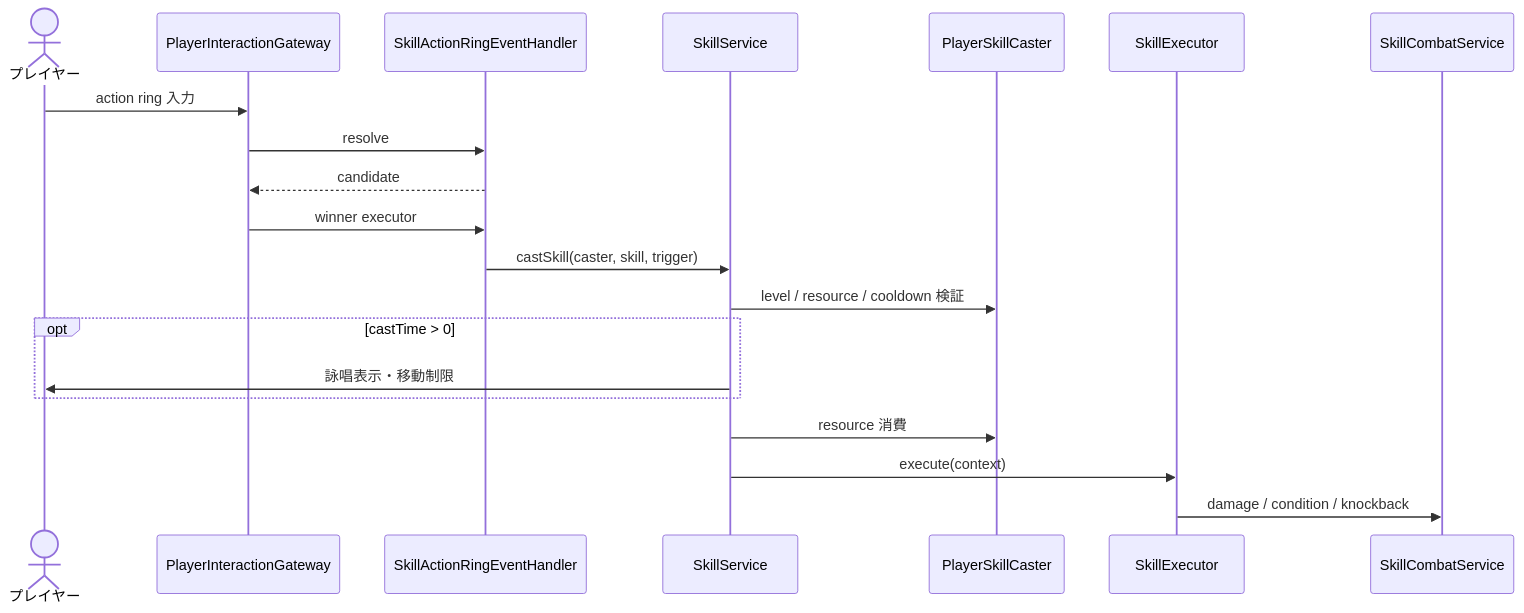
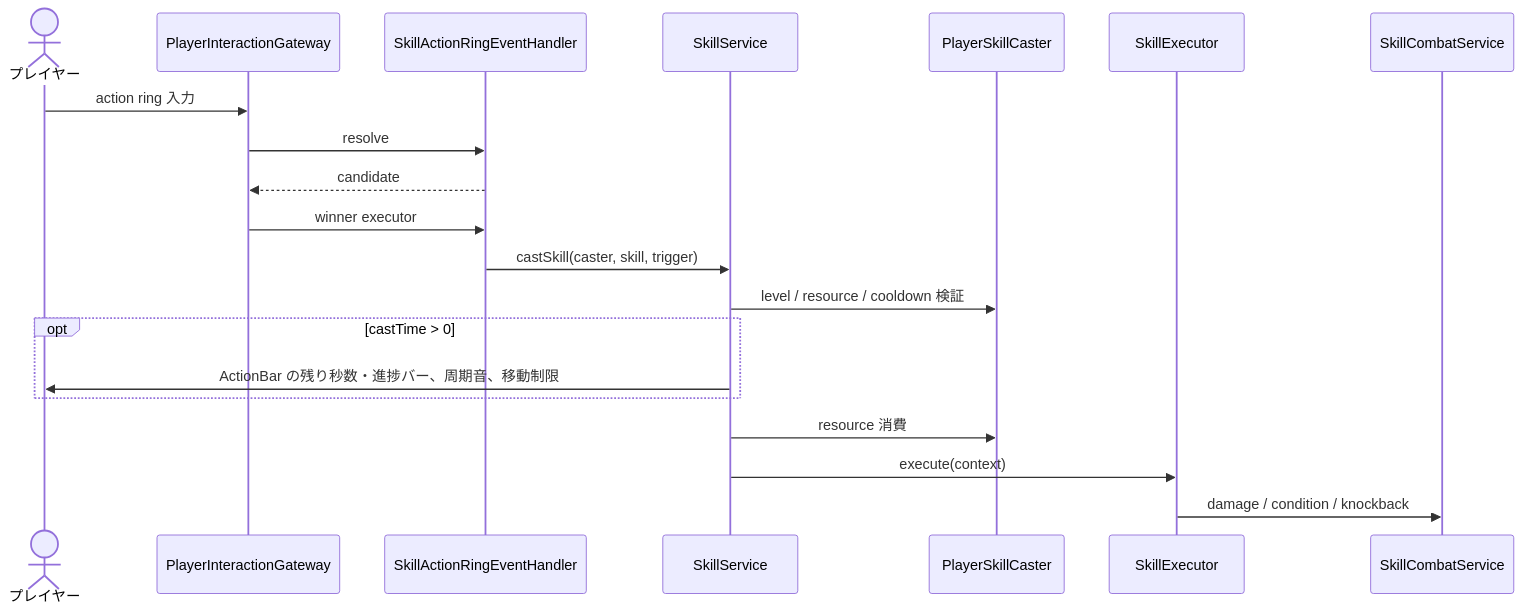
Before and after one commit to maaasu/AstralRecord-Workspace: the second of 4 diagrams in 00_docs/10_Plugin設計書/feature/13-skill/4-統合フロー/13_4-統合フロー.md, drawn with Mermaid. The commit also changed other lines of this file and 6 other files, not shown here.

````diff
--- a/00_docs/10_Plugin設計書/feature/13-skill/4-統合フロー/13_4-統合フロー.md
+++ b/00_docs/10_Plugin設計書/feature/13-skill/4-統合フロー/13_4-統合フロー.md
@@ -40,23 +40,23 @@
 ```mermaid
 sequenceDiagram
     actor Player as プレイヤー
     participant Gateway as PlayerInteractionGateway
     participant Ring as SkillActionRingEventHandler
     participant Skill as SkillService
     participant Caster as PlayerSkillCaster
     participant Executor as SkillExecutor
     participant Combat as SkillCombatService
 
     Player->>Gateway: action ring 入力
     Gateway->>Ring: resolve
     Ring-->>Gateway: candidate
     Gateway->>Ring: winner executor
     Ring->>Skill: castSkill(caster, skill, trigger)
     Skill->>Caster: level / resource / cooldown 検証
     opt castTime > 0
-        Skill->>Player: 詠唱表示・移動制限
+        Skill->>Player: ActionBar の残り秒数・進捗バー、周期音、移動制限
     end
     Skill->>Caster: resource 消費
     Skill->>Executor: execute(context)
     Executor->>Combat: damage / condition / knockback
 ```
````
